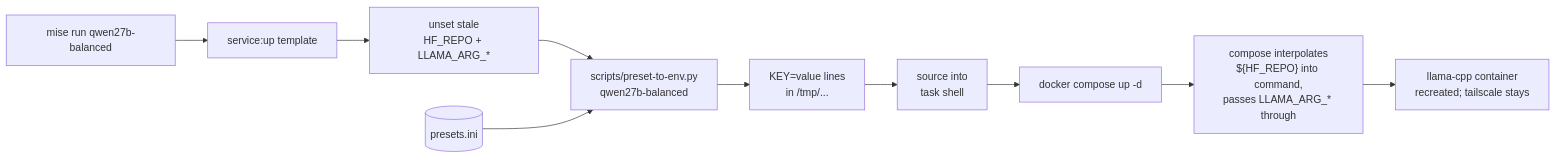
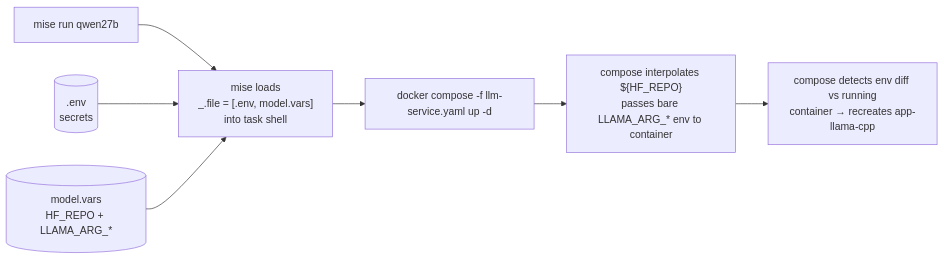
Before and after one commit to ale-alfaro/dotfiles: the diagram in common/llm/docs/operations.md, drawn with Mermaid. The commit also changed other lines of this file and 54 other files, not shown here.

````diff
--- a/common/llm/docs/operations.md
+++ b/common/llm/docs/operations.md
@@ -30,12 +28,9 @@
 ```mermaid
 flowchart LR
-    A["mise run qwen27b-balanced"] --> B["service:up template"]
-    B --> C["unset stale<br/>HF_REPO + LLAMA_ARG_*"]
-    C --> D["scripts/preset-to-env.py<br/>qwen27b-balanced"]
-    E[("presets.ini")] --> D
-    D --> F["KEY=value lines<br/>in /tmp/..."]
-    F --> G["source into<br/>task shell"]
-    G --> H["docker compose up -d"]
-    H --> I["compose interpolates<br/>${HF_REPO} into command,<br/>passes LLAMA_ARG_* through"]
-    I --> J["llama-cpp container<br/>recreated; tailscale stays"]
+    A["mise run qwen27b"] --> B["mise loads<br/>_.file = [.env, model.vars]<br/>into task shell"]
+    C[(".env<br/>secrets")] --> B
+    D[("model.vars<br/>HF_REPO + LLAMA_ARG_*")] --> B
+    B --> E["docker compose -f llm-service.yaml up -d"]
+    E --> F["compose interpolates ${HF_REPO}<br/>passes bare LLAMA_ARG_* env to container"]
+    F --> G["compose detects env diff vs running<br/>container → recreates app-llama-cpp"]
 ```
````
